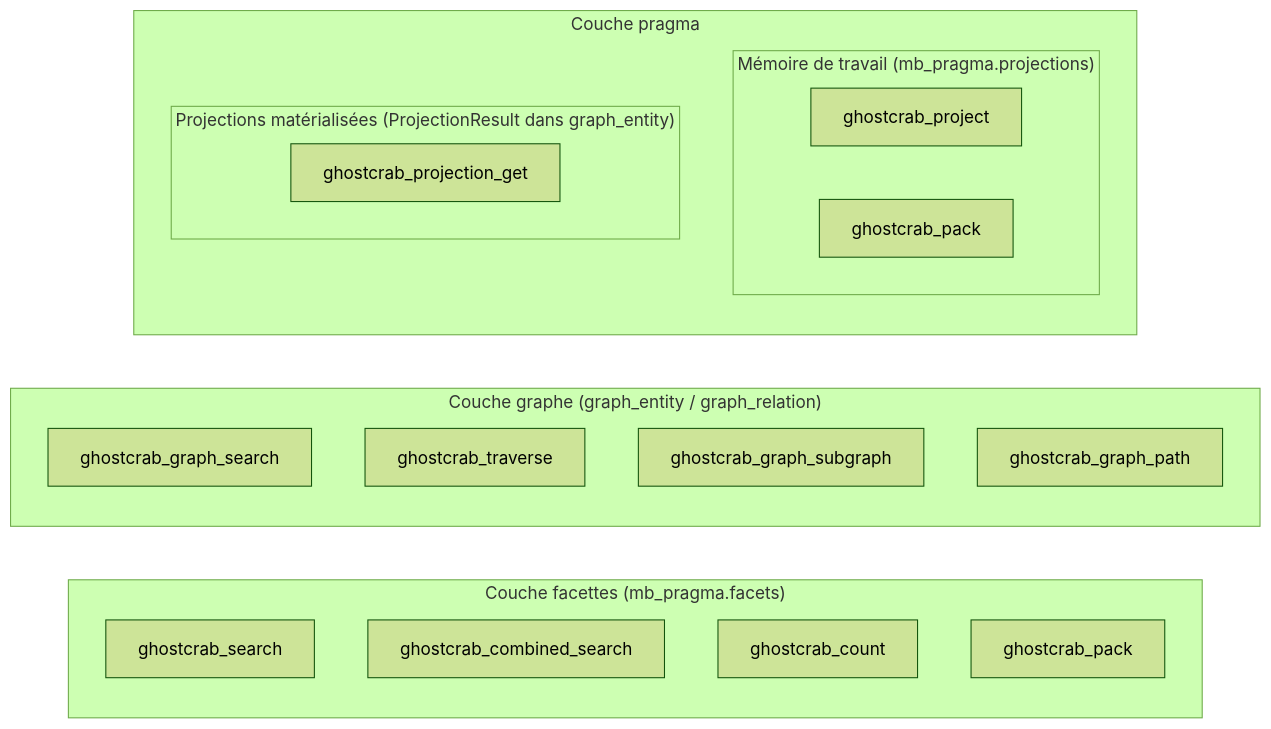
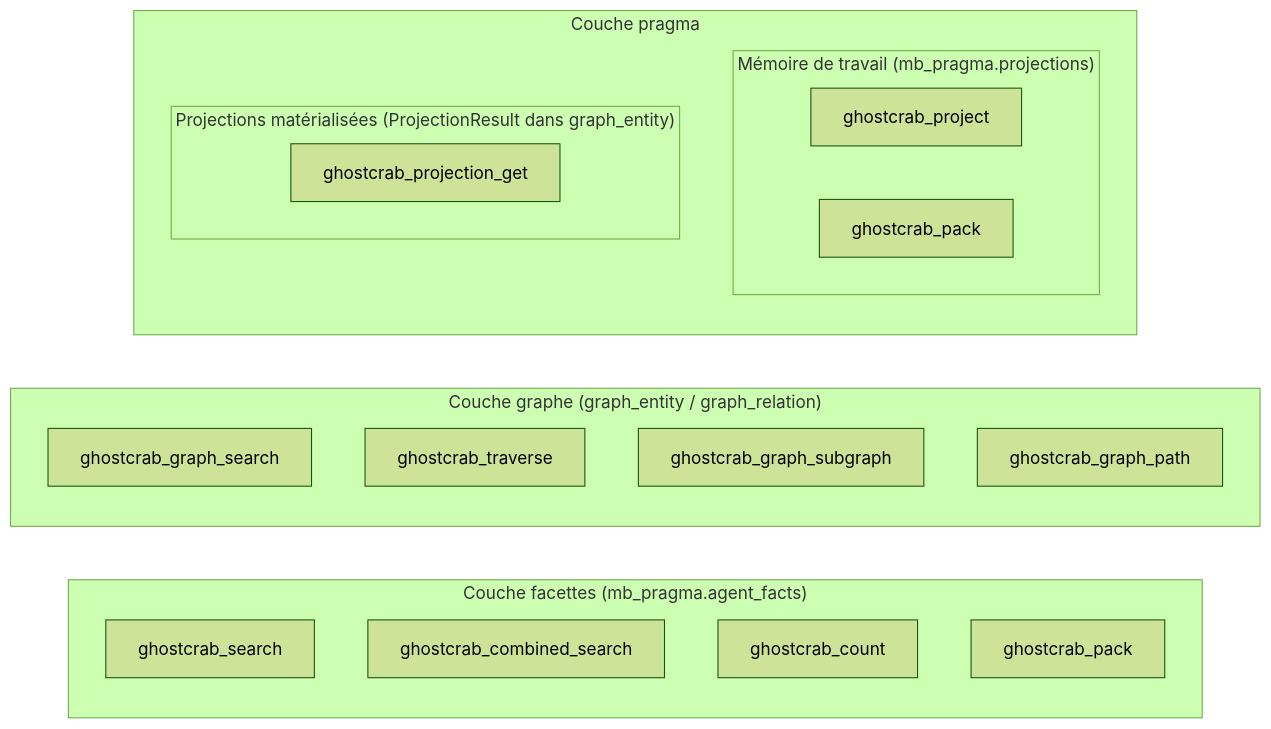
Before and after one commit to mindflight-orchestrator/ghostcrab-personal-mcp: the diagram in docs/methodology/fr/ghostcrab-query-layers.md, drawn with Mermaid (forest theme). The commit also changed other lines of this file and 34 other files, not shown here.

First line of the commit message:
Rename facets table to agent_facts and add architecture guide.

````diff
--- a/docs/methodology/fr/ghostcrab-query-layers.md
+++ b/docs/methodology/fr/ghostcrab-query-layers.md
@@ -9,27 +9,27 @@
 ```mermaid
 flowchart LR
-  subgraph facetsLayer ["Couche facettes (mb_pragma.facets)"]
+  subgraph facetsLayer ["Couche facettes (mb_pragma.agent_facts)"]
     S[ghostcrab_search]
     CS[ghostcrab_combined_search]
     C[ghostcrab_count]
     PK[ghostcrab_pack]
   end
   subgraph graphLayer ["Couche graphe (graph_entity / graph_relation)"]
     GS[ghostcrab_graph_search]
     T[ghostcrab_traverse]
     SG[ghostcrab_graph_subgraph]
     GP[ghostcrab_graph_path]
   end
   subgraph pragmaLayer ["Couche pragma"]
     PJ[ghostcrab_project]
     PK2[ghostcrab_pack]
     PG[ghostcrab_projection_get]
     subgraph wm ["Mémoire de travail (mb_pragma.projections)"]
       PJ
       PK2
     end
     subgraph mat ["Projections matérialisées (ProjectionResult dans graph_entity)"]
       PG
     end
   end
 ```
````
